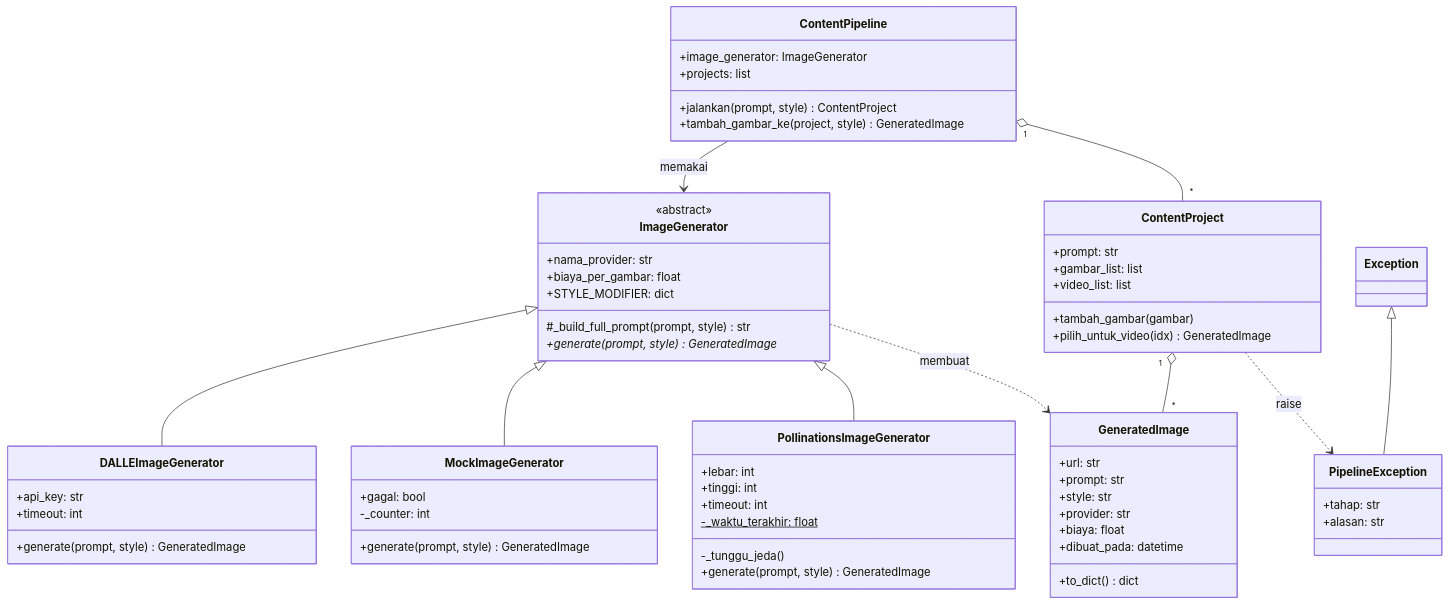
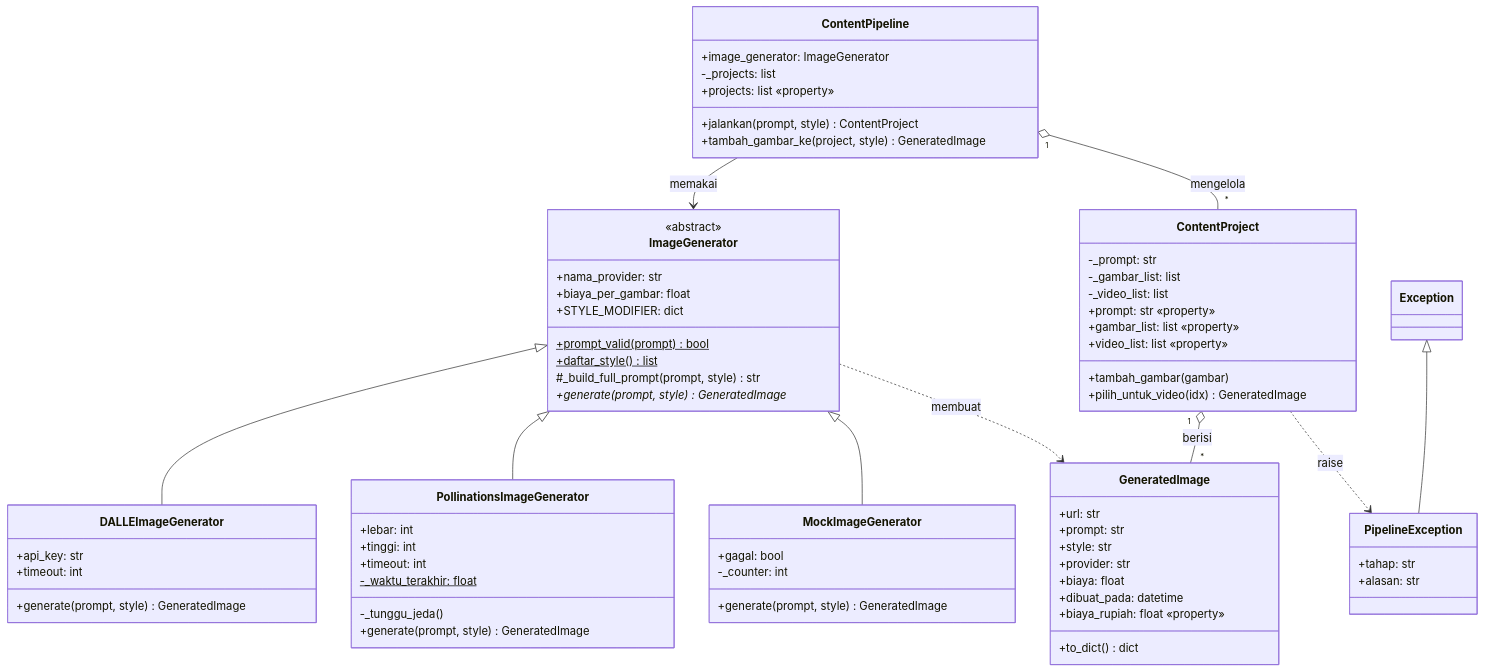
One commit to Sesu-laia/ai-content-studio changed the diagram in docs/class_diagram.mmd. Above: the diagram before and after it, drawn with Mermaid. The commit also changed 20 other files, not shown here.

```diff
--- a/docs/class_diagram.mmd
+++ b/docs/class_diagram.mmd
@@ -1,69 +1,71 @@
 classDiagram
     direction TB
-
     class ImageGenerator {
         <<abstract>>
         +nama_provider: str
         +biaya_per_gambar: float
         +STYLE_MODIFIER: dict
+        +prompt_valid(prompt)$ bool
+        +daftar_style()$ list
         #_build_full_prompt(prompt, style) str
         +generate(prompt, style)* GeneratedImage
     }
     class DALLEImageGenerator {
         +api_key: str
         +timeout: int
-        +generate(prompt, style) GeneratedImage
-    }
-    class MockImageGenerator {
-        +gagal: bool
-        -_counter: int
         +generate(prompt, style) GeneratedImage
     }
     class PollinationsImageGenerator {
         +lebar: int
         +tinggi: int
         +timeout: int
         -_waktu_terakhir: float$
         -_tunggu_jeda()
         +generate(prompt, style) GeneratedImage
     }
+    class MockImageGenerator {
+        +gagal: bool
+        -_counter: int
+        +generate(prompt, style) GeneratedImage
+    }
     ImageGenerator <|-- DALLEImageGenerator
+    ImageGenerator <|-- PollinationsImageGenerator
     ImageGenerator <|-- MockImageGenerator
-    ImageGenerator <|-- PollinationsImageGenerator
 
     class GeneratedImage {
         +url: str
         +prompt: str
         +style: str
         +provider: str
         +biaya: float
         +dibuat_pada: datetime
+        +biaya_rupiah: float «property»
         +to_dict() dict
     }
-
     class ContentProject {
-        +prompt: str
-        +gambar_list: list
-        +video_list: list
+        -_prompt: str
+        -_gambar_list: list
+        -_video_list: list
+        +prompt: str «property»
+        +gambar_list: list «property»
+        +video_list: list «property»
         +tambah_gambar(gambar)
         +pilih_untuk_video(idx) GeneratedImage
     }
-    ContentProject "1" o-- "*" GeneratedImage
-
     class ContentPipeline {
         +image_generator: ImageGenerator
-        +projects: list
+        -_projects: list
+        +projects: list «property»
         +jalankan(prompt, style) ContentProject
         +tambah_gambar_ke(project, style) GeneratedImage
     }
-    ContentPipeline --> ImageGenerator : memakai
-    ContentPipeline "1" o-- "*" ContentProject
-
-    ImageGenerator ..> GeneratedImage : membuat
-    ContentProject ..> PipelineException : raise
-
     class PipelineException {
         +tahap: str
         +alasan: str
     }
+    ContentPipeline --> ImageGenerator : memakai
+    ContentPipeline "1" o-- "*" ContentProject : mengelola
+    ContentProject "1" o-- "*" GeneratedImage : berisi
+    ImageGenerator ..> GeneratedImage : membuat
     Exception <|-- PipelineException
+    ContentProject ..> PipelineException : raise
```
